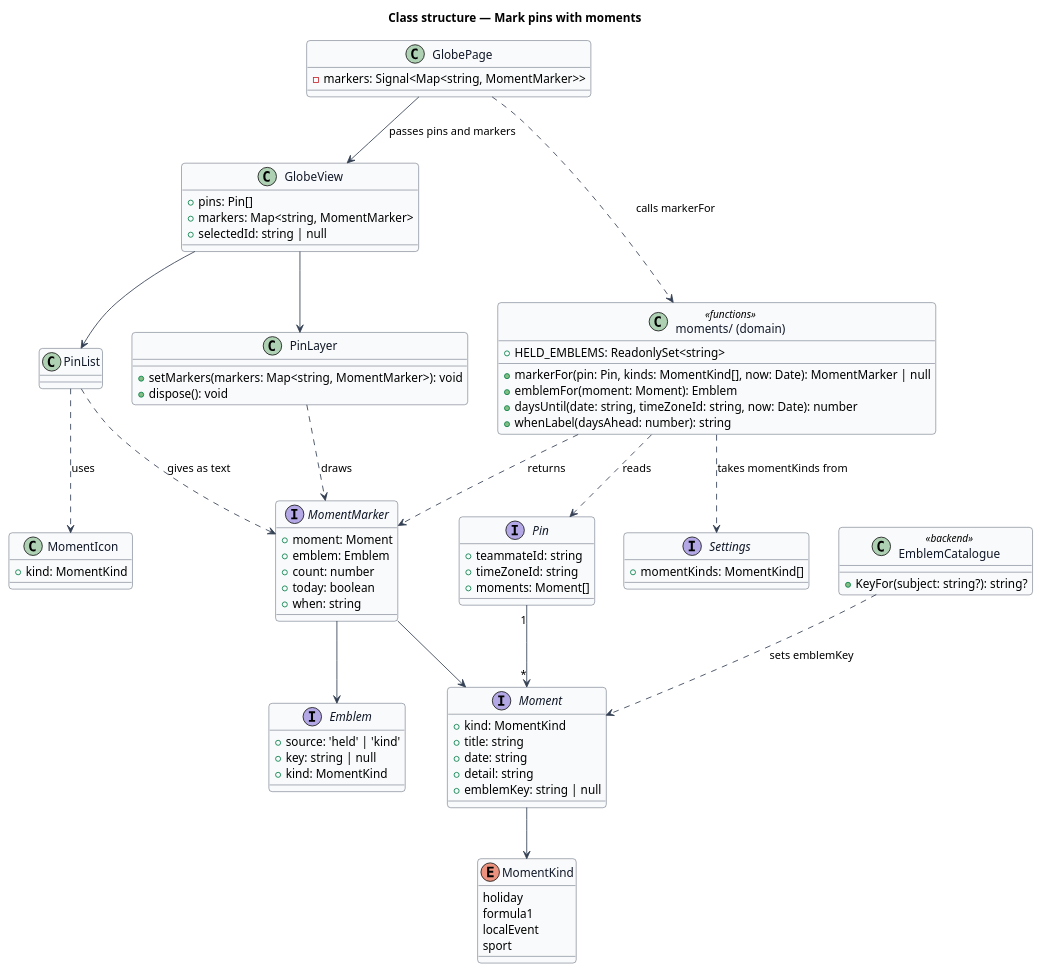
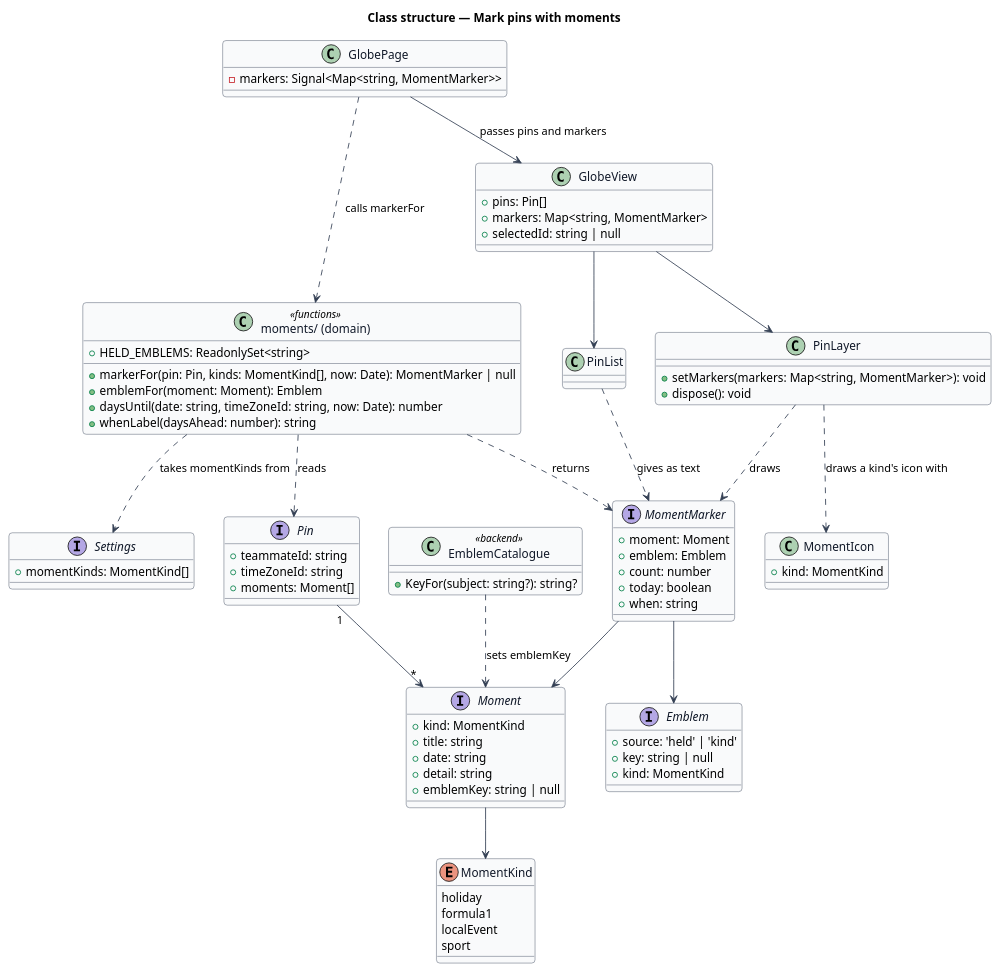
Before and after one commit to QuinntyneBrown/Mondino: the diagram in docs/detailed-designs/moments/mark-pins-with-moments/diagrams/class-structure.puml, drawn with PlantUML. The commit also changed 21 other files, not shown here.

```diff
--- a/docs/detailed-designs/moments/mark-pins-with-moments/diagrams/class-structure.puml
+++ b/docs/detailed-designs/moments/mark-pins-with-moments/diagrams/class-structure.puml
@@ -1,103 +1,103 @@
 @startuml
 ' --- shared skin header ---
 skinparam backgroundColor #FFFFFF
 skinparam shadowing false
 skinparam roundcorner 8
 skinparam defaultFontName Arial
 skinparam ArrowColor #344054
 skinparam class {
   BorderColor #344054
   FontColor #101828
   BackgroundColor #F9FAFB
 }
 ' --------------------------
 title Class structure — Mark pins with moments
 
 enum MomentKind {
   holiday
   formula1
   localEvent
   sport
 }
 
 interface Moment {
   +kind: MomentKind
   +title: string
   +date: string
   +detail: string
   +emblemKey: string | null
 }
 
 interface Pin {
   +teammateId: string
   +timeZoneId: string
   +moments: Moment[]
 }
 
 interface Settings {
   +momentKinds: MomentKind[]
 }
 
 interface Emblem {
   +source: 'held' | 'kind'
   +key: string | null
   +kind: MomentKind
 }
 
 interface MomentMarker {
   +moment: Moment
   +emblem: Emblem
   +count: number
   +today: boolean
   +when: string
 }
 
 class "moments/ (domain)" as moments <<functions>> {
   +markerFor(pin: Pin, kinds: MomentKind[], now: Date): MomentMarker | null
   +emblemFor(moment: Moment): Emblem
   +daysUntil(date: string, timeZoneId: string, now: Date): number
   +whenLabel(daysAhead: number): string
   +HELD_EMBLEMS: ReadonlySet<string>
 }
 
 class EmblemCatalogue <<backend>> {
   +KeyFor(subject: string?): string?
 }
 
 class GlobePage {
   -markers: Signal<Map<string, MomentMarker>>
 }
 
 class GlobeView {
   +pins: Pin[]
   +markers: Map<string, MomentMarker>
   +selectedId: string | null
 }
 
 class PinLayer {
   +setMarkers(markers: Map<string, MomentMarker>): void
   +dispose(): void
 }
 
 class PinList
 
 class MomentIcon {
   +kind: MomentKind
 }
 
 GlobePage ..> moments : calls markerFor
 GlobePage --> GlobeView : passes pins and markers
 moments ..> Pin : reads
 moments ..> Settings : takes momentKinds from
 moments ..> MomentMarker : returns
 MomentMarker --> Moment
 MomentMarker --> Emblem
 Pin "1" --> "*" Moment
 Moment --> MomentKind
 EmblemCatalogue ..> Moment : sets emblemKey
 GlobeView --> PinLayer
 GlobeView --> PinList
 PinLayer ..> MomentMarker : draws
 PinList ..> MomentMarker : gives as text
-PinList ..> MomentIcon : uses
+PinLayer ..> MomentIcon : draws a kind's icon with
 @enduml
```
